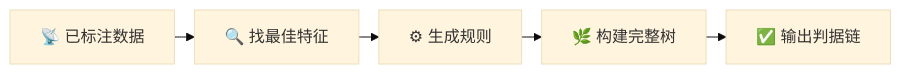
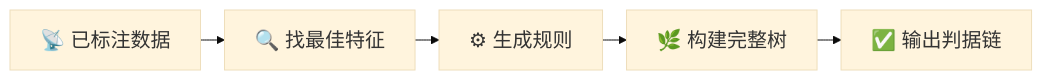
Before and after one commit to YangYibiao/yangyibiao.github.io: the third of 3 diagrams in datamining/slides/02_tree.md, drawn with Mermaid. The commit also changed other lines of this file and 11 other files, not shown here.

````diff
--- a/datamining/slides/02_tree.md
+++ b/datamining/slides/02_tree.md
@@ -385,9 +415,9 @@
 ```mermaid
-%%{init: { 'theme': 'base', 'themeVariables': { 'fontSize': '16px', 'fontFamily': 'LXGWWenKai, \"Noto Sans SC\", sans-serif' }, 'flowchart': { 'nodeSpacing': 15, 'rankSpacing': 20 } } }%%
+%%{init: { 'theme': 'base', 'themeVariables': { 'fontSize': '20px', 'fontFamily': 'LXGWWenKai, \"Noto Sans SC\", sans-serif' }, 'flowchart': { 'nodeSpacing': 16, 'rankSpacing': 24 } } }%%
 flowchart LR
     A["📡 已标注数据"]
     --> B["🔍 找最佳特征"]
     --> C["⚙ 生成规则"]
     --> D["🌿 构建完整树"]
     --> E["✅ 输出判据链"]
 ```
````
